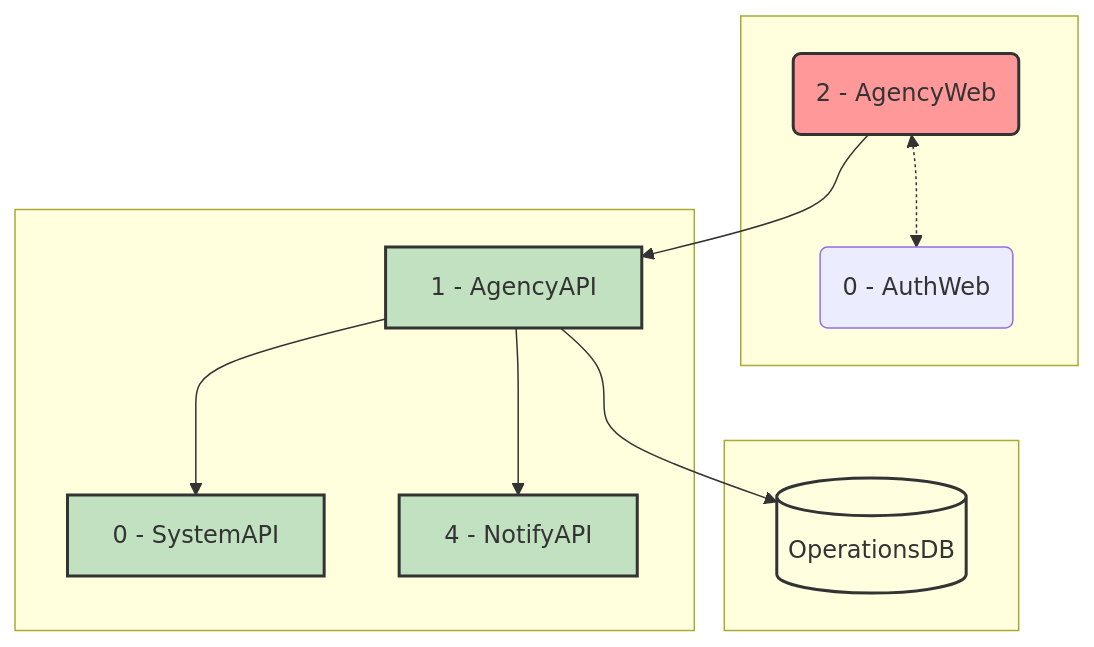
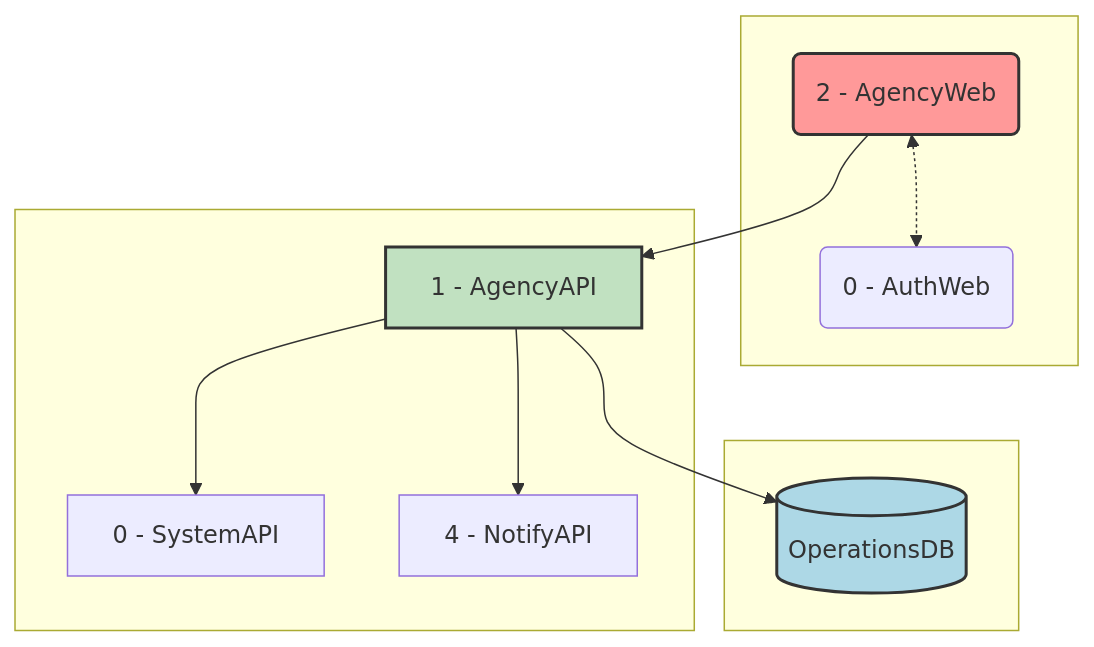
Before and after one commit to AstroBookings/.github: the first of 2 diagrams in profile/1-analysis/5_1-astrobookings-agency-management-domain.md, drawn with Mermaid. The commit also changed 2 other files, not shown here.

````diff
--- a/profile/1-analysis/5_1-astrobookings-agency-management-domain.md
+++ b/profile/1-analysis/5_1-astrobookings-agency-management-domain.md
@@ -70,38 +70,38 @@
 ```mermaid
 graph TD
     subgraph Web Applications[" "]
         AgencyWeb(2 - AgencyWeb)
         AuthWeb(0 - AuthWeb)
     end
 
     subgraph API Services[" "]
         AgencyAPI[1 - AgencyAPI]
         SystemAPI[0 - SystemAPI]
         NotifyAPI[4 - NotifyAPI]
     end
 
     subgraph Databases[" "]
         OperationsDB[(OperationsDB)]
     end
 
     %% Web to Web connections
     AgencyWeb <-.-> AuthWeb
 
     %% Web to API connections
     AgencyWeb --> AgencyAPI
 
     %% API to API connections
     AgencyAPI --> SystemAPI
     AgencyAPI --> NotifyAPI
 
     %% API to Database connection
     AgencyAPI --> OperationsDB
 
     %% Style
     classDef web fill:#FF9999,stroke:#333,stroke-width:2px;
     classDef api fill:#C1E1C1,stroke:#333,stroke-width:2px;
-    classDef db fill:#FFFFE0,stroke:#333,stroke-width:2px;
-    class AgencyWeb,PublicWeb,SystemWeb web;
-    class AgencyAPI,SystemAPI,NotifyAPI api;
+    classDef db fill:#ADD8E6,stroke:#333,stroke-width:2px;
+    class AgencyWeb web;
+    class AgencyAPI api;
     class OperationsDB db;
 ```
````
